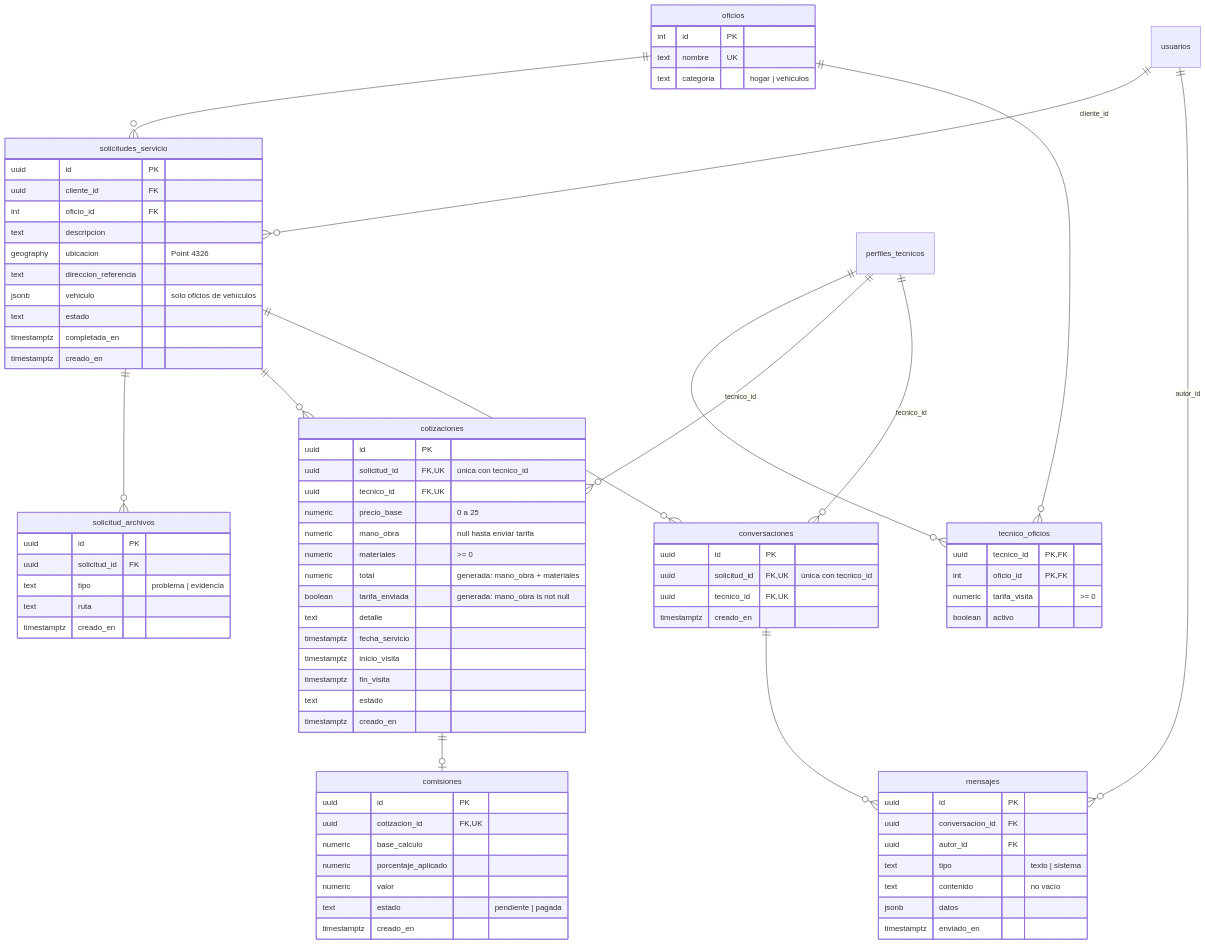
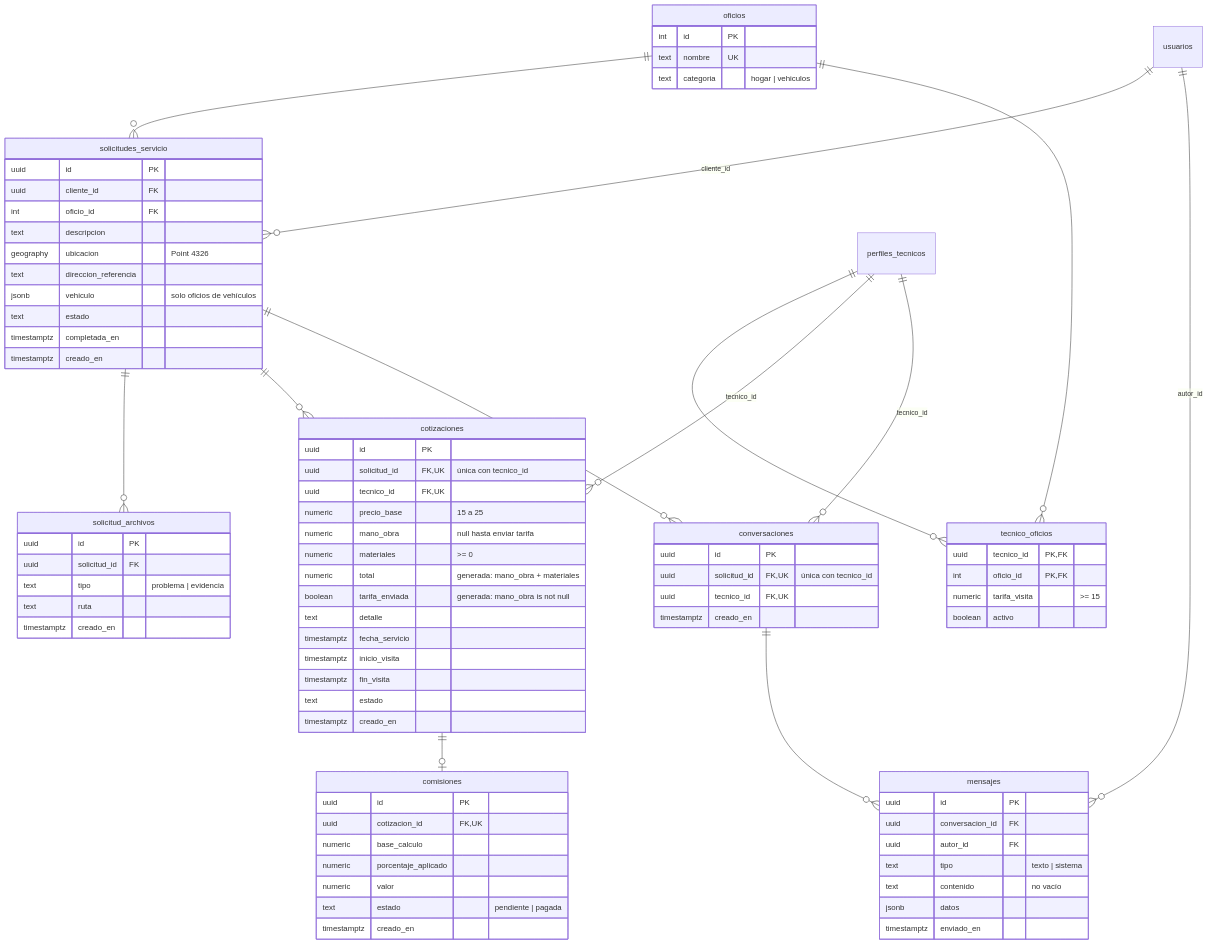
One commit to ChauchaApp/chaucha_app changed the third of 7 diagrams in docs/MODELO_DATOS.md. Above: the diagram before and after it, drawn with Mermaid. The commit also changed other lines of this file and 15 other files, not shown here.

Commit message:
feat: un solo chat por persona y precio mínimo de visita de $15

```diff
--- a/docs/MODELO_DATOS.md
+++ b/docs/MODELO_DATOS.md
@@ -281,7 +281,7 @@
     tecnico_oficios {
         uuid tecnico_id PK, FK
         int oficio_id PK, FK
-        numeric tarifa_visita ">= 0"
+        numeric tarifa_visita ">= 15"
         boolean activo
     }
     solicitud_archivos {
@@ -295,7 +295,7 @@
         uuid id PK
         uuid solicitud_id FK, UK "única con tecnico_id"
         uuid tecnico_id FK, UK
-        numeric precio_base "0 a 25"
+        numeric precio_base "15 a 25"
         numeric mano_obra "null hasta enviar tarifa"
         numeric materiales ">= 0"
         numeric total "generada: mano_obra + materiales"
```
